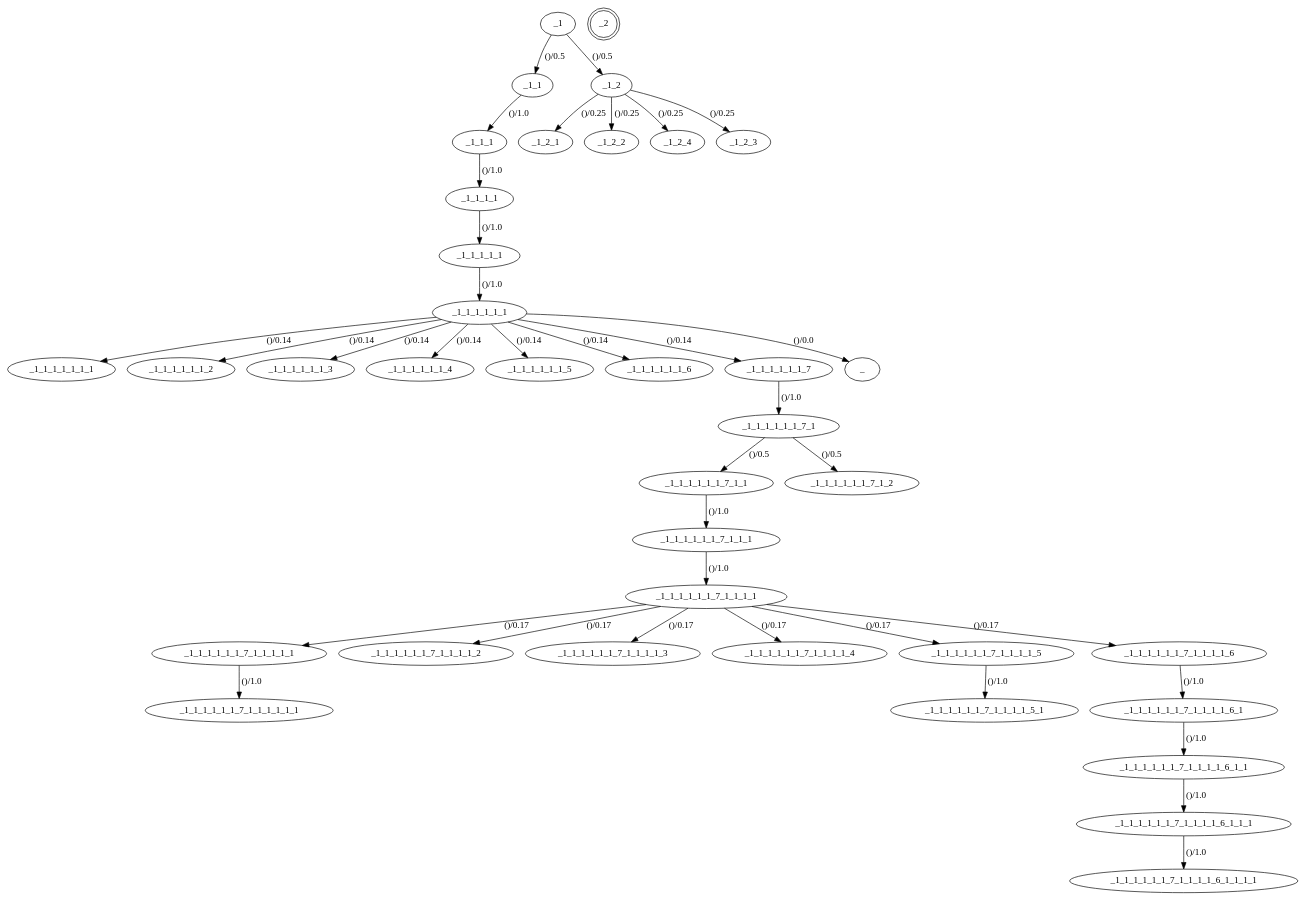
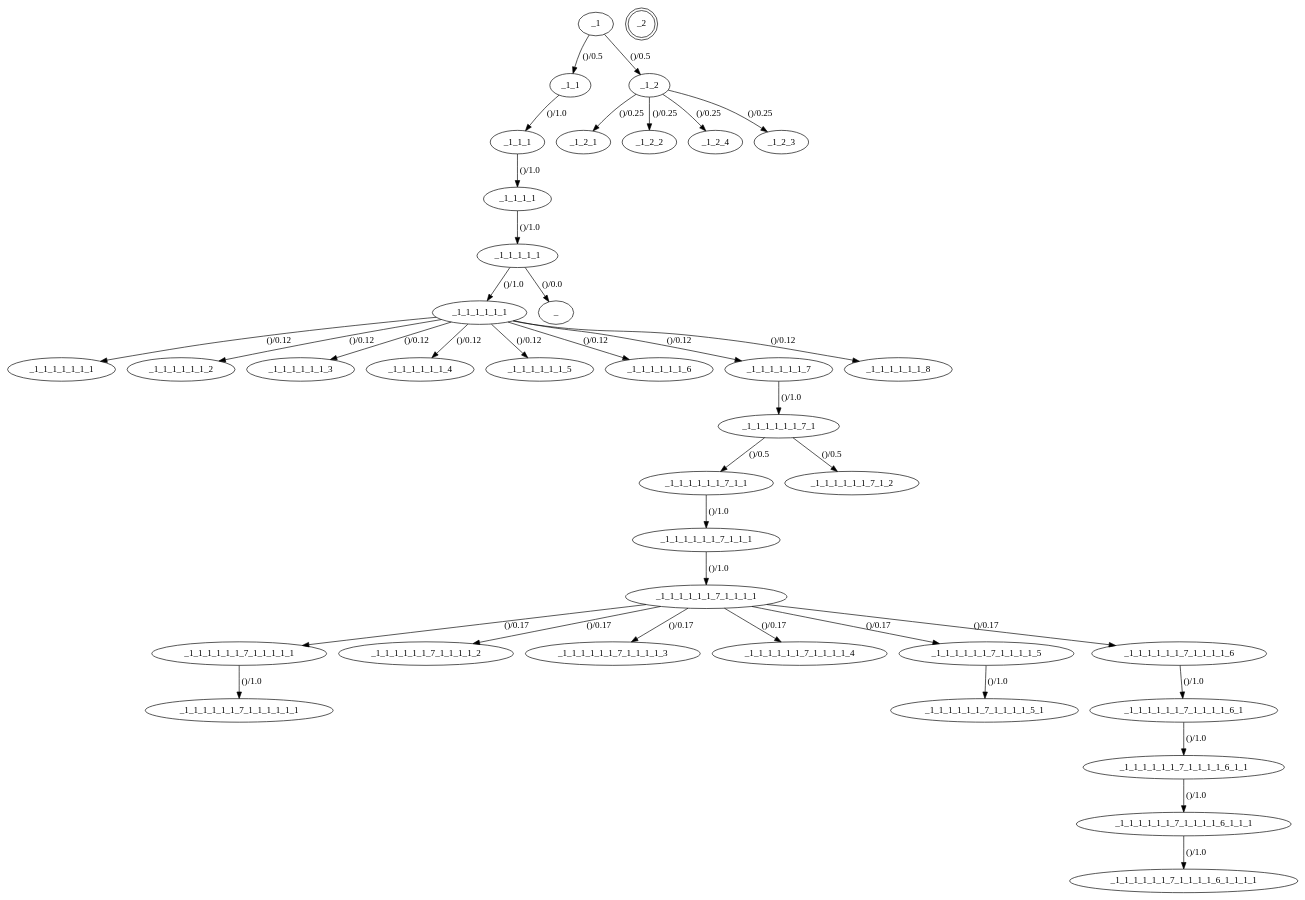
One commit to helttu/slideco-tests changed the diagram in qauto_deco/pagemodel/structure.gv. Above: the diagram before and after it, drawn with Graphviz. The commit also changed 4 other files, not shown here.

```diff
--- a/qauto_deco/pagemodel/structure.gv
+++ b/qauto_deco/pagemodel/structure.gv
@@ -1,75 +1,77 @@
 digraph default_model {
 //States
 _1
 _1_1_1
 _1_1
 _1_1_1_1
 _1_1_1_1_1
 _1_1_1_1_1_1
 _1_1_1_1_1_1_1
 _1_1_1_1_1_1_2
 _1_1_1_1_1_1_3
 _1_1_1_1_1_1_4
 _1_1_1_1_1_1_5
 _1_1_1_1_1_1_6
 _1_1_1_1_1_1_7
 _1_1_1_1_1_1_7_1
 _1_1_1_1_1_1_7_1_1
 _1_1_1_1_1_1_7_1_1_1
 _1_1_1_1_1_1_7_1_1_1_1
 _1_1_1_1_1_1_7_1_1_1_1_1
 _1_1_1_1_1_1_7_1_1_1_1_2
 _1_1_1_1_1_1_7_1_1_1_1_3
 _1_1_1_1_1_1_7_1_1_1_1_4
 _1_1_1_1_1_1_7_1_1_1_1_5
 _1_1_1_1_1_1_7_1_1_1_1_5_1
 _1_1_1_1_1_1_7_1_2
 _1_2
 _1_2_1
 _1_2_2
 _1_1_1_1_1_1_7_1_1_1_1_1_1
 _1_1_1_1_1_1_7_1_1_1_1_6
 _1_1_1_1_1_1_7_1_1_1_1_6_1
 _1_2_4
 _1_2_3
 _1_1_1_1_1_1_7_1_1_1_1_6_1_1
 _1_1_1_1_1_1_7_1_1_1_1_6_1_1_1
 _1_1_1_1_1_1_7_1_1_1_1_6_1_1_1_1
+_1_1_1_1_1_1_8
 _2[shape = "doublecircle"]
 //Transitions
 _1 -> _1_1[ label = "()/0.5", probability = "0.5", set_guard = "(u'', u'')", check_guard = "(u'', u'')", edge_id = "fc549930-c01f-11e5-bdbc-a94980e8de8d"]
 _1_1 -> _1_1_1[ label = "()/1.0", probability = "1.0", set_guard = "(u'', u'')", check_guard = "(u'', u'')", edge_id = "fe4879ee-c01f-11e5-8b18-a94980e8de8d"]
 _1_1_1 -> _1_1_1_1[ label = "()/1.0", probability = "1.0", set_guard = "(u'', u'')", check_guard = "(u'', u'')", edge_id = "ac323121-c02d-11e5-8503-a94980e8de8d"]
 _1_1_1_1 -> _1_1_1_1_1[ label = "()/1.0", probability = "1.0", set_guard = "(u'', u'')", check_guard = "(u'', u'')", edge_id = "2e873671-c02e-11e5-a260-a94980e8de8d"]
 _1_1_1_1_1 -> _1_1_1_1_1_1[ label = "()/1.0", probability = "1.0", set_guard = "(u'', u'')", check_guard = "(u'', u'')", edge_id = "fa83d631-c032-11e5-aabc-a94980e8de8d"]
-_1_1_1_1_1_1 -> _1_1_1_1_1_1_1[ label = "()/0.14", probability = "0.142857142857", set_guard = "(u'', u'')", check_guard = "(u'', u'')", edge_id = "8bbcdc9f-c038-11e5-88a6-a94980e8de8d"]
-_1_1_1_1_1_1 -> _1_1_1_1_1_1_2[ label = "()/0.14", probability = "0.142857142857", set_guard = "(u'', u'')", check_guard = "(u'', u'')", edge_id = "e2cac7ef-c038-11e5-b7d3-a94980e8de8d"]
-_1_1_1_1_1_1 -> _1_1_1_1_1_1_3[ label = "()/0.14", probability = "0.142857142857", set_guard = "(u'', u'')", check_guard = "(u'', u'')", edge_id = "0b82f9ae-c039-11e5-b3ff-a94980e8de8d"]
-_1_1_1_1_1_1 -> _1_1_1_1_1_1_4[ label = "()/0.14", probability = "0.142857142857", set_guard = "(u'', u'')", check_guard = "(u'', u'')", edge_id = "3bceb6e2-c039-11e5-9122-a94980e8de8d"]
-_1_1_1_1_1_1 -> _1_1_1_1_1_1_5[ label = "()/0.14", probability = "0.142857142857", set_guard = "(u'', u'')", check_guard = "(u'', u'')", edge_id = "fdcfa1a1-c039-11e5-8b14-a94980e8de8d"]
-_1_1_1_1_1_1 -> _1_1_1_1_1_1_6[ label = "()/0.14", probability = "0.142857142857", set_guard = "(u'', u'')", check_guard = "(u'', u'')", edge_id = "ff775e30-c039-11e5-93ba-a94980e8de8d"]
-_1_1_1_1_1_1 -> _1_1_1_1_1_1_7[ label = "()/0.14", probability = "0.142857142857", set_guard = "(u'', u'')", check_guard = "(u'', u'')", edge_id = "01636f5f-c03d-11e5-94c1-a94980e8de8d"]
+_1_1_1_1_1_1 -> _1_1_1_1_1_1_1[ label = "()/0.12", probability = "0.125", set_guard = "(u'', u'')", check_guard = "(u'', u'')", edge_id = "8bbcdc9f-c038-11e5-88a6-a94980e8de8d"]
+_1_1_1_1_1_1 -> _1_1_1_1_1_1_2[ label = "()/0.12", probability = "0.125", set_guard = "(u'', u'')", check_guard = "(u'', u'')", edge_id = "e2cac7ef-c038-11e5-b7d3-a94980e8de8d"]
+_1_1_1_1_1_1 -> _1_1_1_1_1_1_3[ label = "()/0.12", probability = "0.125", set_guard = "(u'', u'')", check_guard = "(u'', u'')", edge_id = "0b82f9ae-c039-11e5-b3ff-a94980e8de8d"]
+_1_1_1_1_1_1 -> _1_1_1_1_1_1_4[ label = "()/0.12", probability = "0.125", set_guard = "(u'', u'')", check_guard = "(u'', u'')", edge_id = "3bceb6e2-c039-11e5-9122-a94980e8de8d"]
+_1_1_1_1_1_1 -> _1_1_1_1_1_1_5[ label = "()/0.12", probability = "0.125", set_guard = "(u'', u'')", check_guard = "(u'', u'')", edge_id = "fdcfa1a1-c039-11e5-8b14-a94980e8de8d"]
+_1_1_1_1_1_1 -> _1_1_1_1_1_1_6[ label = "()/0.12", probability = "0.125", set_guard = "(u'', u'')", check_guard = "(u'', u'')", edge_id = "ff775e30-c039-11e5-93ba-a94980e8de8d"]
+_1_1_1_1_1_1 -> _1_1_1_1_1_1_7[ label = "()/0.12", probability = "0.125", set_guard = "(u'', u'')", check_guard = "(u'', u'')", edge_id = "01636f5f-c03d-11e5-94c1-a94980e8de8d"]
 _1_1_1_1_1_1_7 -> _1_1_1_1_1_1_7_1[ label = "()/1.0", probability = "1.0", set_guard = "(u'', u'')", check_guard = "(u'', u'')", edge_id = "63c5beb1-c03d-11e5-986f-a94980e8de8d"]
 _1_1_1_1_1_1_7_1 -> _1_1_1_1_1_1_7_1_1[ label = "()/0.5", probability = "0.5", set_guard = "(u'', u'')", check_guard = "(u'', u'')", edge_id = "81ed66c1-c03f-11e5-b923-a94980e8de8d"]
 _1_1_1_1_1_1_7_1_1 -> _1_1_1_1_1_1_7_1_1_1[ label = "()/1.0", probability = "1.0", set_guard = "(u'', u'')", check_guard = "(u'', u'')", edge_id = "80083690-c040-11e5-a873-a94980e8de8d"]
 _1_1_1_1_1_1_7_1_1_1 -> _1_1_1_1_1_1_7_1_1_1_1[ label = "()/1.0", probability = "1.0", set_guard = "(u'', u'')", check_guard = "(u'', u'')", edge_id = "110f70e2-c041-11e5-8143-a94980e8de8d"]
 _1_1_1_1_1_1_7_1_1_1_1 -> _1_1_1_1_1_1_7_1_1_1_1_1[ label = "()/0.17", probability = "0.166666666667", set_guard = "(u'', u'')", check_guard = "(u'', u'')", edge_id = "cb99f522-c041-11e5-8451-a94980e8de8d"]
 _1_1_1_1_1_1_7_1_1_1_1 -> _1_1_1_1_1_1_7_1_1_1_1_2[ label = "()/0.17", probability = "0.166666666667", set_guard = "(u'', u'')", check_guard = "(u'', u'')", edge_id = "018954a1-c042-11e5-88d0-a94980e8de8d"]
 _1_1_1_1_1_1_7_1_1_1_1 -> _1_1_1_1_1_1_7_1_1_1_1_3[ label = "()/0.17", probability = "0.166666666667", set_guard = "(u'', u'')", check_guard = "(u'', u'')", edge_id = "2f99eede-c042-11e5-a975-a94980e8de8d"]
 _1_1_1_1_1_1_7_1_1_1_1 -> _1_1_1_1_1_1_7_1_1_1_1_4[ label = "()/0.17", probability = "0.166666666667", set_guard = "(u'', u'')", check_guard = "(u'', u'')", edge_id = "59dcb841-c042-11e5-a3d8-a94980e8de8d"]
 _1_1_1_1_1_1_7_1_1_1_1 -> _1_1_1_1_1_1_7_1_1_1_1_5[ label = "()/0.17", probability = "0.166666666667", set_guard = "(u'', u'')", check_guard = "(u'', u'')", edge_id = "9ddb07e2-c042-11e5-a824-a94980e8de8d"]
 _1_1_1_1_1_1_7_1_1_1_1_5 -> _1_1_1_1_1_1_7_1_1_1_1_5_1[ label = "()/1.0", probability = "1.0", set_guard = "(u'', u'')", check_guard = "(u'', u'')", edge_id = "a6ca075e-c0c0-11e5-bbbb-a94980e8de8d"]
 _1_1_1_1_1_1_7_1 -> _1_1_1_1_1_1_7_1_2[ label = "()/0.5", probability = "0.5", set_guard = "(u'', u'')", check_guard = "(u'', u'')", edge_id = "90f4aa10-c0c2-11e5-9162-a94980e8de8d"]
 _1_2 -> _1_2_1[ label = "()/0.25", probability = "0.25", set_guard = "(u'', u'')", check_guard = "(u'', u'')", edge_id = "b18e8770-c5a2-11e5-922c-2c600cd4c6d7"]
 _1_1_1_1_1_1_7_1_1_1_1_1 -> _1_1_1_1_1_1_7_1_1_1_1_1_1[ label = "()/1.0", probability = "1.0", set_guard = "(u'', u'')", check_guard = "(u'', u'')", edge_id = "2f5d7d41-c8b5-11e5-b5b1-00247e035201"]
 _1_1_1_1_1_1_7_1_1_1_1 -> _1_1_1_1_1_1_7_1_1_1_1_6[ label = "()/0.17", probability = "0.166666666667", set_guard = "(u'', u'')", check_guard = "(u'', u'')", edge_id = "63b998ef-c8bd-11e5-b359-00247e035201"]
 _1_1_1_1_1_1_7_1_1_1_1_6 -> _1_1_1_1_1_1_7_1_1_1_1_6_1[ label = "()/1.0", probability = "1.0", set_guard = "(u'', u'')", check_guard = "(u'', u'')", edge_id = "b40472c1-c8be-11e5-b9d2-00247e035201"]
 _1 -> _1_2[ label = "()/0.5", probability = "0.5", set_guard = "(u'', u'')", check_guard = "(u'', u'')", edge_id = "d7b9c1e1-c975-11e5-b0eb-a94980e8de8d"]
 _1_2 -> _1_2_2[ label = "()/0.25", probability = "0.25", set_guard = "(u'', u'')", check_guard = "(u'', u'')", edge_id = "dfcd2bb0-c975-11e5-99fe-a94980e8de8d"]
 _1_2 -> _1_2_3[ label = "()/0.25", probability = "0.25", set_guard = "(u'', u'')", check_guard = "(u'', u'')", edge_id = "452f3561-cc06-11e5-b6e7-2c600cd4c6d7"]
 _1_2 -> _1_2_4[ label = "()/0.25", probability = "0.25", set_guard = "(u'', u'')", check_guard = "(u'', u'')", edge_id = "4f354770-cc06-11e5-a75f-2c600cd4c6d7"]
 _1_1_1_1_1_1_7_1_1_1_1_6_1 -> _1_1_1_1_1_1_7_1_1_1_1_6_1_1[ label = "()/1.0", probability = "1.0", set_guard = "(u'', u'')", check_guard = "(u'', u'')", edge_id = "6bf28cd0-cef7-11e5-9913-00247e035201"]
 _1_1_1_1_1_1_7_1_1_1_1_6_1_1 -> _1_1_1_1_1_1_7_1_1_1_1_6_1_1_1[ label = "()/1.0", probability = "1.0", set_guard = "(u'', u'')", check_guard = "(u'', u'')", edge_id = "9f1c66de-cefb-11e5-a00b-00247e035201"]
 _1_1_1_1_1_1_7_1_1_1_1_6_1_1_1 -> _1_1_1_1_1_1_7_1_1_1_1_6_1_1_1_1[ label = "()/1.0", probability = "1.0", set_guard = "(u'', u'')", check_guard = "(u'', u'')", edge_id = "00ff892f-cefe-11e5-aa50-00247e035201"]
-_1_1_1_1_1_1 -> _[ label = "()/0.0", probability = "0.0", set_guard = "('', '')", check_guard = "('', '')", edge_id = "a8bba2d1-d3c7-11e5-a00d-00247e035201"]
+_1_1_1_1_1_1 -> _1_1_1_1_1_1_8[ label = "()/0.12", probability = "0.125", set_guard = "(u'', u'')", check_guard = "(u'', u'')", edge_id = "a8bba2d1-d3c7-11e5-a00d-00247e035201"]
+_1_1_1_1_1 -> _[ label = "()/0.0", probability = "0.0", set_guard = "('', '')", check_guard = "('', '')", edge_id = "b9445cd2-d3d8-11e5-950c-00247e035201"]
 }
```
